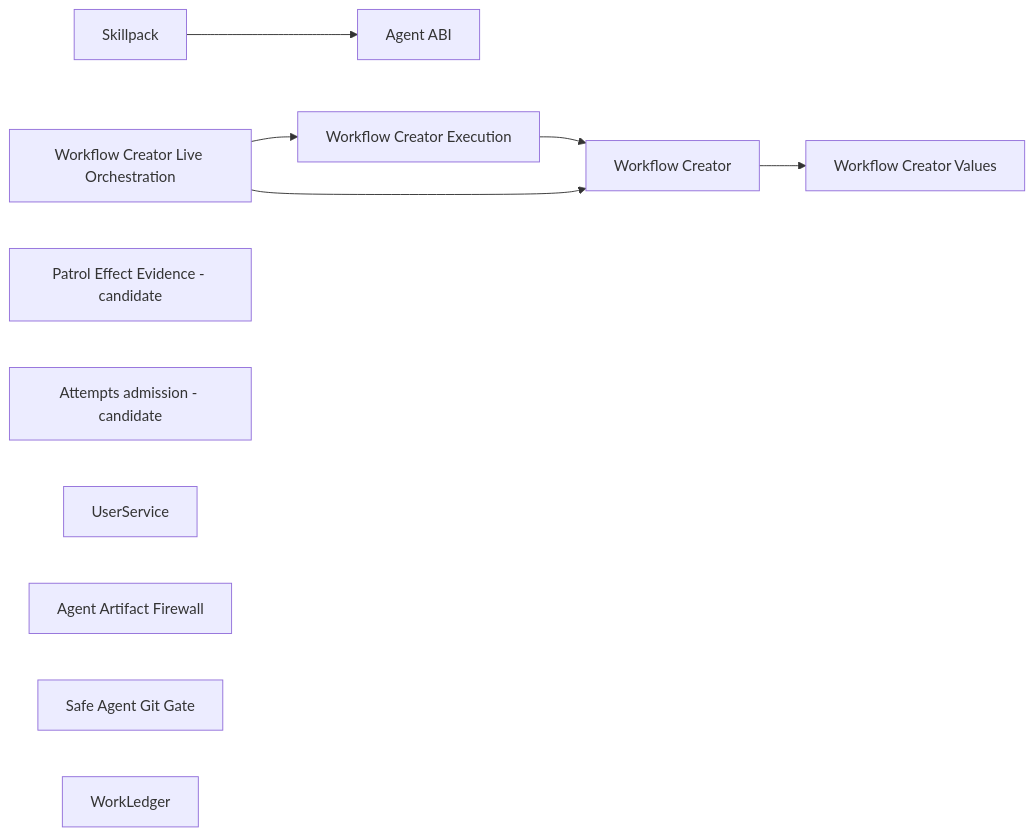
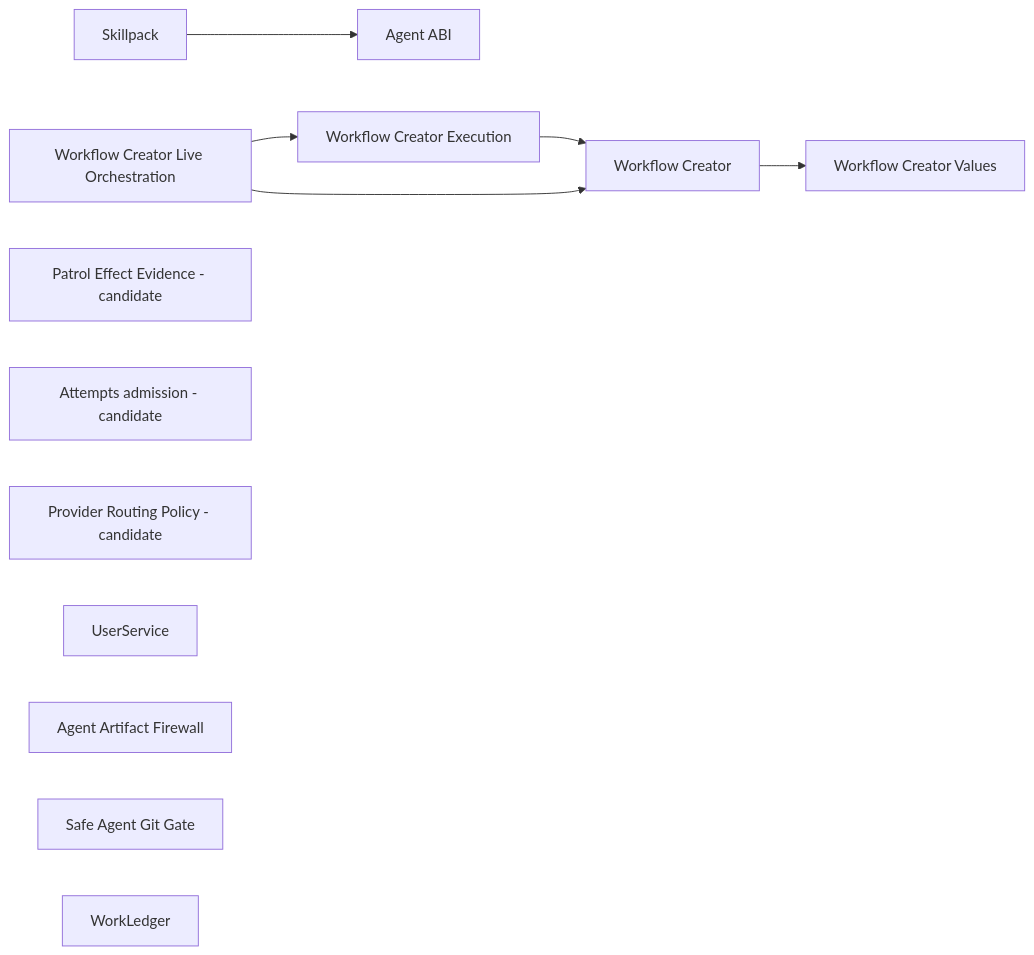
Before and after one commit to ivankuznetsov/hive: the diagram in wiki/component-boundaries.md, drawn with Mermaid. The commit also changed other lines of this file and 28 other files, not shown here.

Commit message:
feat(routing): U1 define opt-in provider policy

````diff
--- a/wiki/component-boundaries.md
+++ b/wiki/component-boundaries.md
@@ -54,14 +55,15 @@
 ```mermaid
 flowchart LR
   skillpack[Skillpack] --> agent_abi[Agent ABI]
   workflow_execution[Workflow Creator Execution] --> workflow_core[Workflow Creator]
   workflow_live[Workflow Creator Live Orchestration] --> workflow_execution
   workflow_live --> workflow_core
   workflow_core[Workflow Creator] --> workflow_values[Workflow Creator Values]
   patrol_effects[Patrol Effect Evidence - candidate]
   attempts[Attempts admission - candidate]
+  provider_routing[Provider Routing Policy - candidate]
   user_service[UserService]
   artifact_firewall[Agent Artifact Firewall]
   git_gate[Safe Agent Git Gate]
   work_ledger[WorkLedger]
 ```
````
